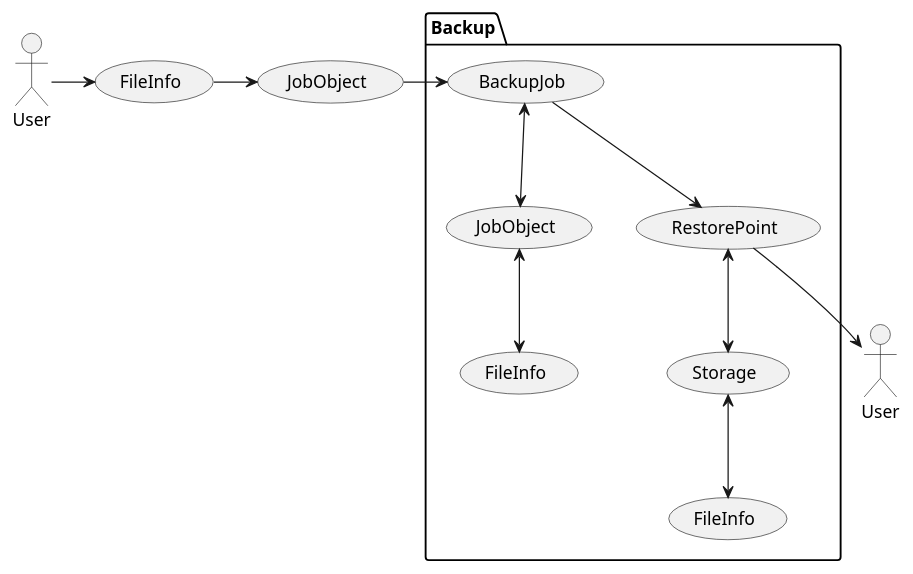
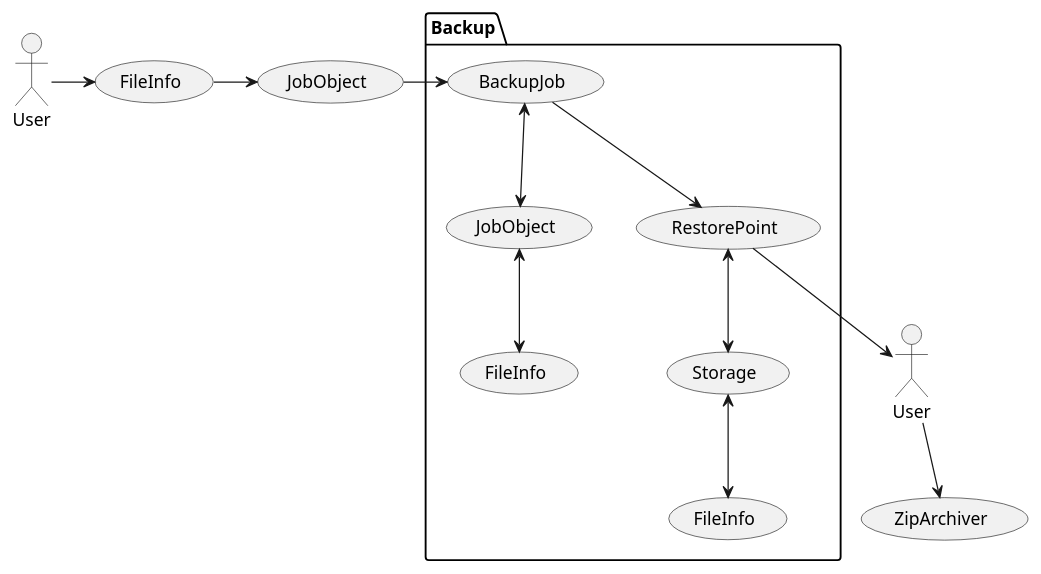
The diagram in Docs/Usecase.puml (Ar4eR-ValerA/OOP.IIIsem), drawn with PlantUML before and after one commit. The commit also changed 1 other file, not shown here.

Commit message:
chore: updates docs        classes uml v1.3        usecase uml v1.2

```diff
--- a/Docs/Usecase.puml
+++ b/Docs/Usecase.puml
@@ -1,30 +1,32 @@
 @startuml
 
 actor User as UserSender
 actor User as UserTaker
 
 
 package Backup {
     usecase BackupJob
     usecase JobObject
     usecase RestorePoint  
     usecase Storage
     usecase FileInfo as FileStorageInfo
     usecase FileInfo as FileJobObjectInfo
 }
 
 usecase FileInfo as FileUserInfo
 usecase JobObject as JobObjectUser
+usecase ZipArchiver
 
 BackupJob <--> JobObject
 BackupJob --> RestorePoint
 RestorePoint <--> Storage
 Storage <--> FileStorageInfo
 JobObject <--> FileJobObjectInfo
 
 UserSender -> FileUserInfo
 FileUserInfo -> JobObjectUser
 JobObjectUser -> BackupJob
 RestorePoint --> UserTaker
+UserTaker --> ZipArchiver
 
 @enduml
```
